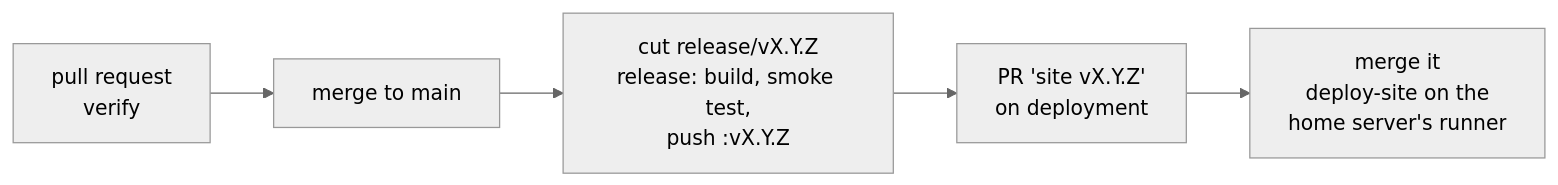
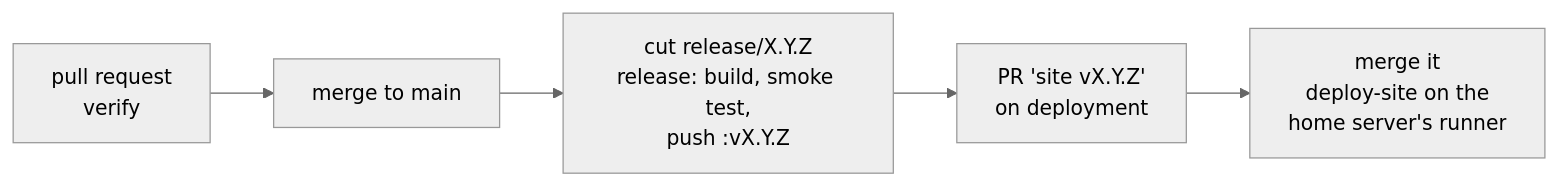
One commit to mmlabs-online/landing changed the diagram in docs/ops/ci-cd.md. Above: the diagram before and after it, drawn with Mermaid (neutral theme). The commit also changed other lines of this file and 2 other files, not shown here.

First line of the commit message:
chore: release branches are release/X.Y.Z (no v); tag stays vX.Y.Z

````diff
--- a/docs/ops/ci-cd.md
+++ b/docs/ops/ci-cd.md
@@ -7,7 +7,7 @@
 ```mermaid
 flowchart LR
   A["pull request<br/>verify"] --> B["merge to main"]
-  B --> C["cut release/vX.Y.Z<br/>release: build, smoke test,<br/>push :vX.Y.Z"]
+  B --> C["cut release/X.Y.Z<br/>release: build, smoke test,<br/>push :vX.Y.Z"]
   C --> D["PR 'site vX.Y.Z'<br/>on deployment"]
   D --> E["merge it<br/>deploy-site on the<br/>home server's runner"]
 ```
````
